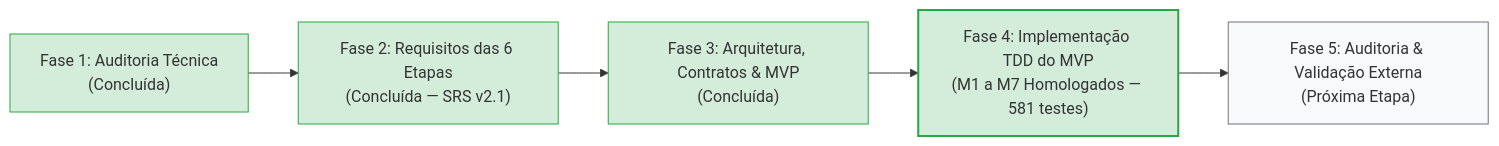
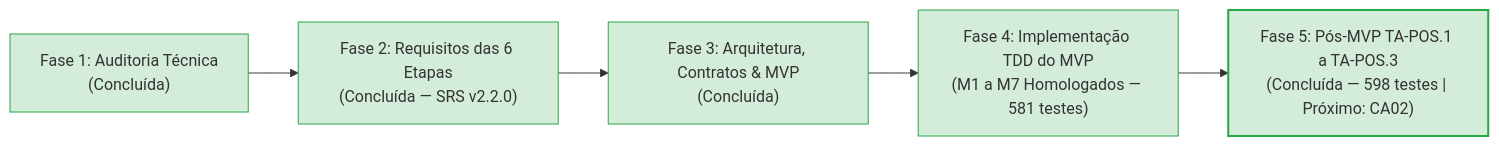
One commit to aleerangel/experimental-ml-framework changed the diagram in docs/engenharia_software/ETAPA_ATUAL_ENGENHARIA.md. Above: the diagram before and after it, drawn with Mermaid. The commit also changed other lines of this file and 13 other files, not shown here.

````diff
--- a/docs/engenharia_software/ETAPA_ATUAL_ENGENHARIA.md
+++ b/docs/engenharia_software/ETAPA_ATUAL_ENGENHARIA.md
@@ -22,13 +22,13 @@
 ```mermaid
 flowchart LR
-    Fase1["Fase 1: Auditoria Técnica<br/>(Concluída)"] --> Fase2["Fase 2: Requisitos das 6 Etapas<br/>(Concluída — SRS v2.1)"]
+    Fase1["Fase 1: Auditoria Técnica<br/>(Concluída)"] --> Fase2["Fase 2: Requisitos das 6 Etapas<br/>(Concluída — SRS v2.2.0)"]
     Fase2 --> Fase3["Fase 3: Arquitetura, Contratos & MVP<br/>(Concluída)"]
     Fase3 --> Fase4["Fase 4: Implementação TDD do MVP<br/>(M1 a M7 Homologados — 581 testes)"]
-    Fase4 --> Fase5["Fase 5: Auditoria & Validação Externa<br/>(Próxima Etapa)"]
+    Fase4 --> Fase5["Fase 5: Pós-MVP TA-POS.1 a TA-POS.3<br/>(Concluída — 598 testes | Próximo: CA02)"]
     
     style Fase1 fill:#d4edda,stroke:#28a745
     style Fase2 fill:#d4edda,stroke:#28a745
     style Fase3 fill:#d4edda,stroke:#28a745
-    style Fase4 fill:#d4edda,stroke:#28a745,stroke-width:2px
-    style Fase5 fill:#f8f9fa,stroke:#6c757d
+    style Fase4 fill:#d4edda,stroke:#28a745
+    style Fase5 fill:#d4edda,stroke:#28a745,stroke-width:2px
 ```
````
